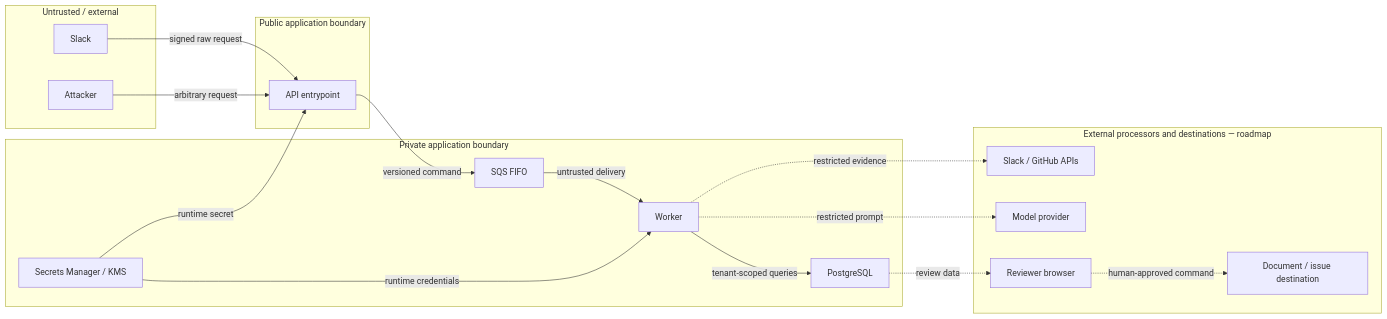
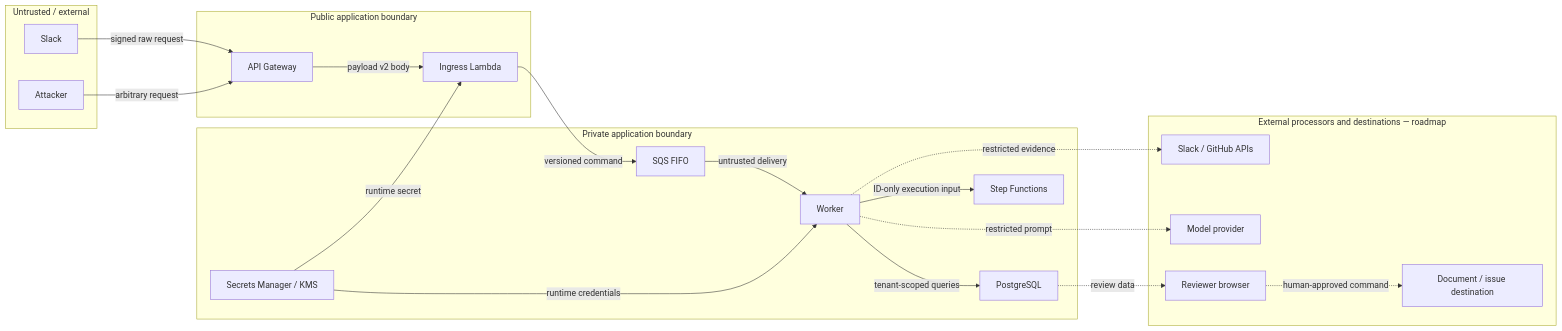
One commit to SharmaKunal14/slack-incidence-evidence changed the diagram in docs/threat-model.md. Above: the diagram before and after it, drawn with Mermaid. The commit also changed other lines of this file and 38 other files, not shown here.

````diff
--- a/docs/threat-model.md
+++ b/docs/threat-model.md
@@ -79,37 +79,41 @@
 ```mermaid
 flowchart LR
     subgraph Internet["Untrusted / external"]
         Slack["Slack"]
         Attacker["Attacker"]
     end
 
     subgraph Edge["Public application boundary"]
-        API["API entrypoint"]
+        Gateway["API Gateway"]
+        API["Ingress Lambda"]
     end
 
     subgraph AWS["Private application boundary"]
         FIFO["SQS FIFO"]
         Worker["Worker"]
         DB["PostgreSQL"]
         Secrets["Secrets Manager / KMS"]
+        Workflow["Step Functions"]
     end
 
     subgraph Future["External processors and destinations — roadmap"]
         Source["Slack / GitHub APIs"]
         Model["Model provider"]
         Review["Reviewer browser"]
         Publish["Document / issue destination"]
     end
 
-    Slack -->|"signed raw request"| API
-    Attacker -->|"arbitrary request"| API
+    Slack -->|"signed raw request"| Gateway
+    Attacker -->|"arbitrary request"| Gateway
+    Gateway -->|"payload v2 body"| API
     Secrets -->|"runtime secret"| API
     API -->|"versioned command"| FIFO
     FIFO -->|"untrusted delivery"| Worker
     Worker -->|"tenant-scoped queries"| DB
+    Worker -->|"ID-only execution input"| Workflow
     Secrets -->|"runtime credentials"| Worker
     Worker -. "restricted evidence" .-> Source
     Worker -. "restricted prompt" .-> Model
     DB -. "review data" .-> Review
     Review -. "human-approved command" .-> Publish
 ```
````
